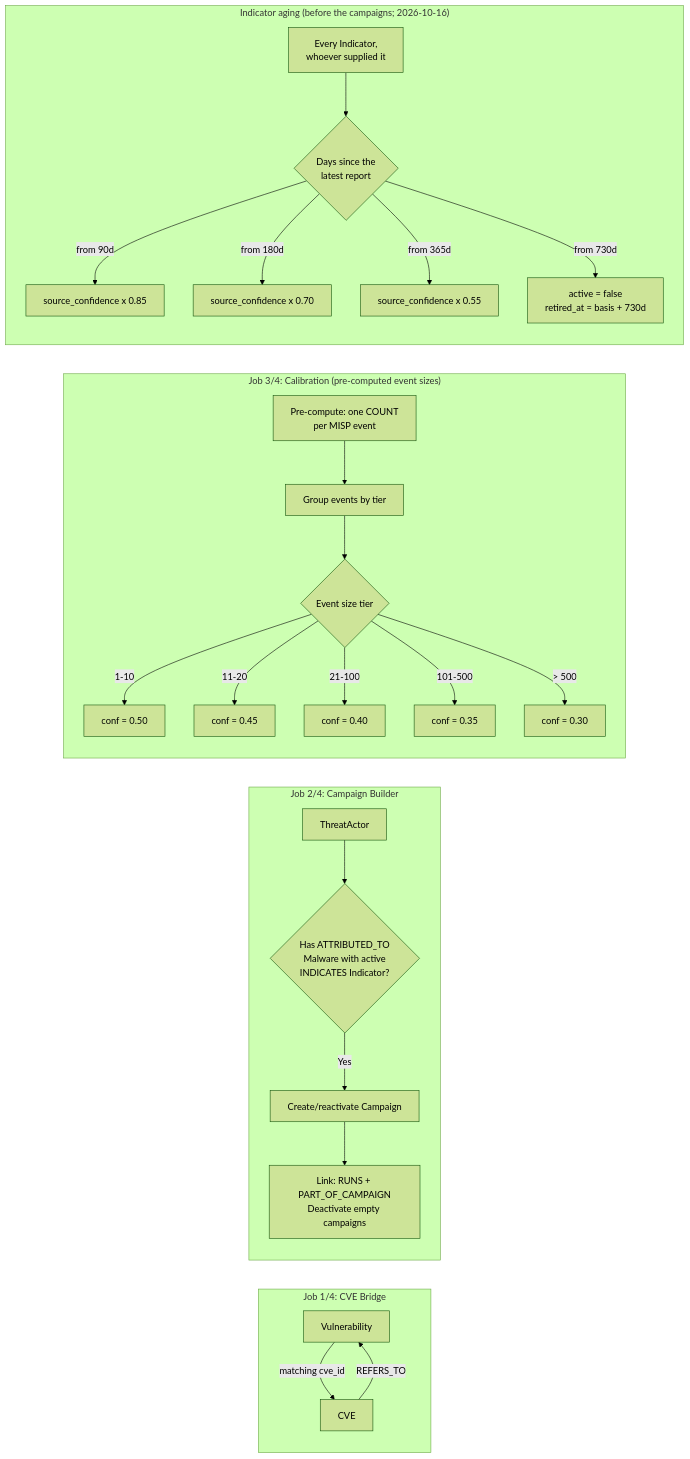
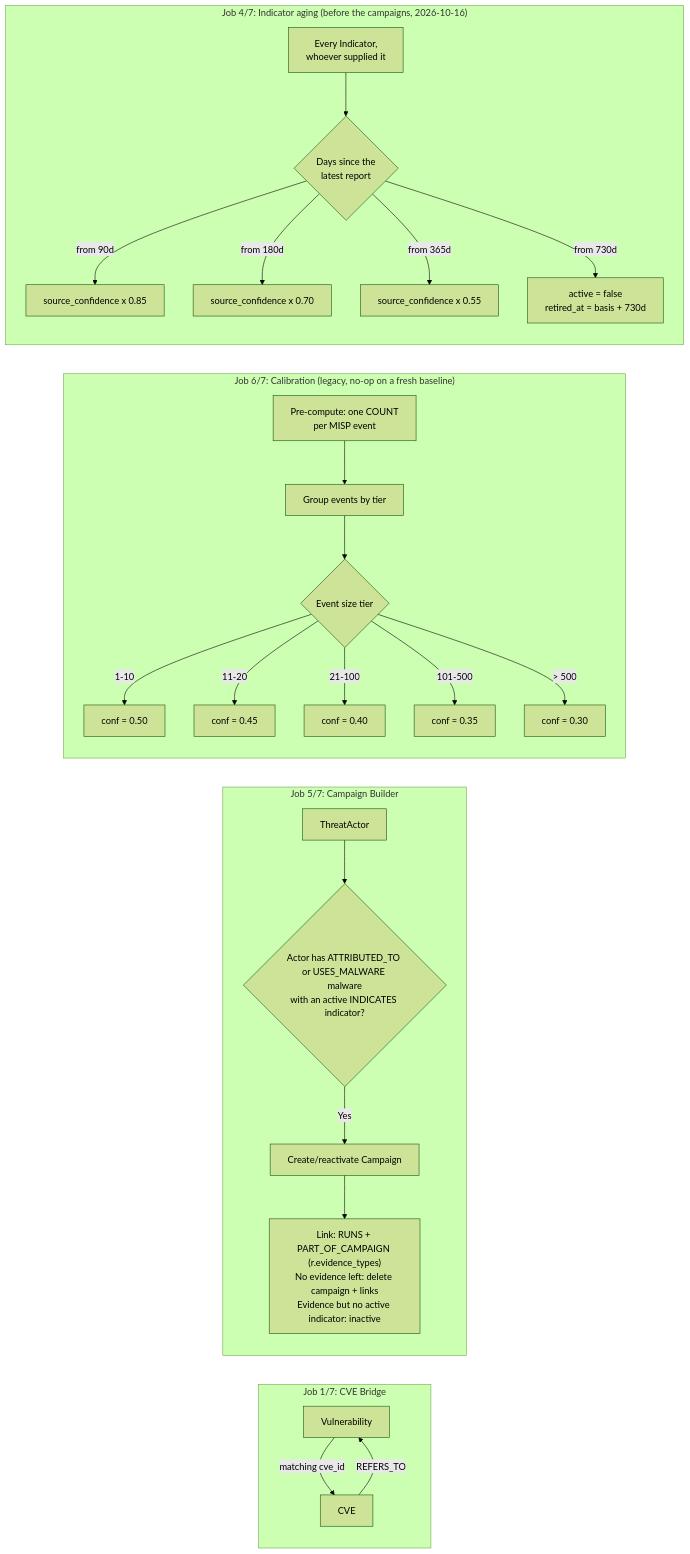
The eighth of 8 diagrams in docs/ARCHITECTURE_DIAGRAMS.md (Kopanov/EdgeGuard-Knowledge-Graph), drawn with Mermaid (forest theme) before and after one commit. The commit also changed other lines of this file and 5 other files, not shown here.

First line of the commit message:
docs(architecture): correct the architecture, methodology and timestamp documents

````diff
--- a/docs/ARCHITECTURE_DIAGRAMS.md
+++ b/docs/ARCHITECTURE_DIAGRAMS.md
@@ -295,31 +302,31 @@
 ```mermaid
 flowchart LR
-    subgraph "Job 1/4: CVE Bridge"
+    subgraph "Job 1/7: CVE Bridge"
         BR1[Vulnerability] -->|matching cve_id| BR2[CVE]
         BR2 -->|REFERS_TO| BR1
     end
 
-    subgraph "Job 2/4: Campaign Builder"
-        CB1[ThreatActor] --> CB2{Has ATTRIBUTED_TO<br/>Malware with active<br/>INDICATES Indicator?}
+    subgraph "Job 5/7: Campaign Builder"
+        CB1[ThreatActor] --> CB2{"Actor has ATTRIBUTED_TO or USES_MALWARE malware<br/>with an active INDICATES indicator?"}
         CB2 -->|Yes| CB3[Create/reactivate Campaign]
-        CB3 --> CB4[Link: RUNS + PART_OF_CAMPAIGN<br/>Deactivate empty campaigns]
+        CB3 --> CB4["Link: RUNS + PART_OF_CAMPAIGN (r.evidence_types)<br/>No evidence left: delete campaign + links<br/>Evidence but no active indicator: inactive"]
     end
 
-    subgraph "Job 3/4: Calibration (pre-computed event sizes)"
+    subgraph "Job 6/7: Calibration (legacy, no-op on a fresh baseline)"
         CAL0[Pre-compute: one COUNT<br/>per MISP event] --> CAL1[Group events by tier]
         CAL1 --> CAL2{Event size tier}
         CAL2 -->|1-10| CAL3[conf = 0.50]
         CAL2 -->|11-20| CAL3b[conf = 0.45]
         CAL2 -->|21-100| CAL4[conf = 0.40]
         CAL2 -->|101-500| CAL5[conf = 0.35]
         CAL2 -->|> 500| CAL6[conf = 0.30]
     end
 
-    subgraph "Indicator aging (before the campaigns; 2026-10-16)"
+    subgraph "Job 4/7: Indicator aging (before the campaigns, 2026-10-16)"
         D1[Every Indicator,<br/>whoever supplied it] --> D2{Days since the<br/>latest report}
         D2 -->|from 90d| D3[source_confidence x 0.85]
         D2 -->|from 180d| D4[source_confidence x 0.70]
         D2 -->|from 365d| D6[source_confidence x 0.55]
         D2 -->|from 730d| D5[active = false<br/>retired_at = basis + 730d]
     end
 ```
````
